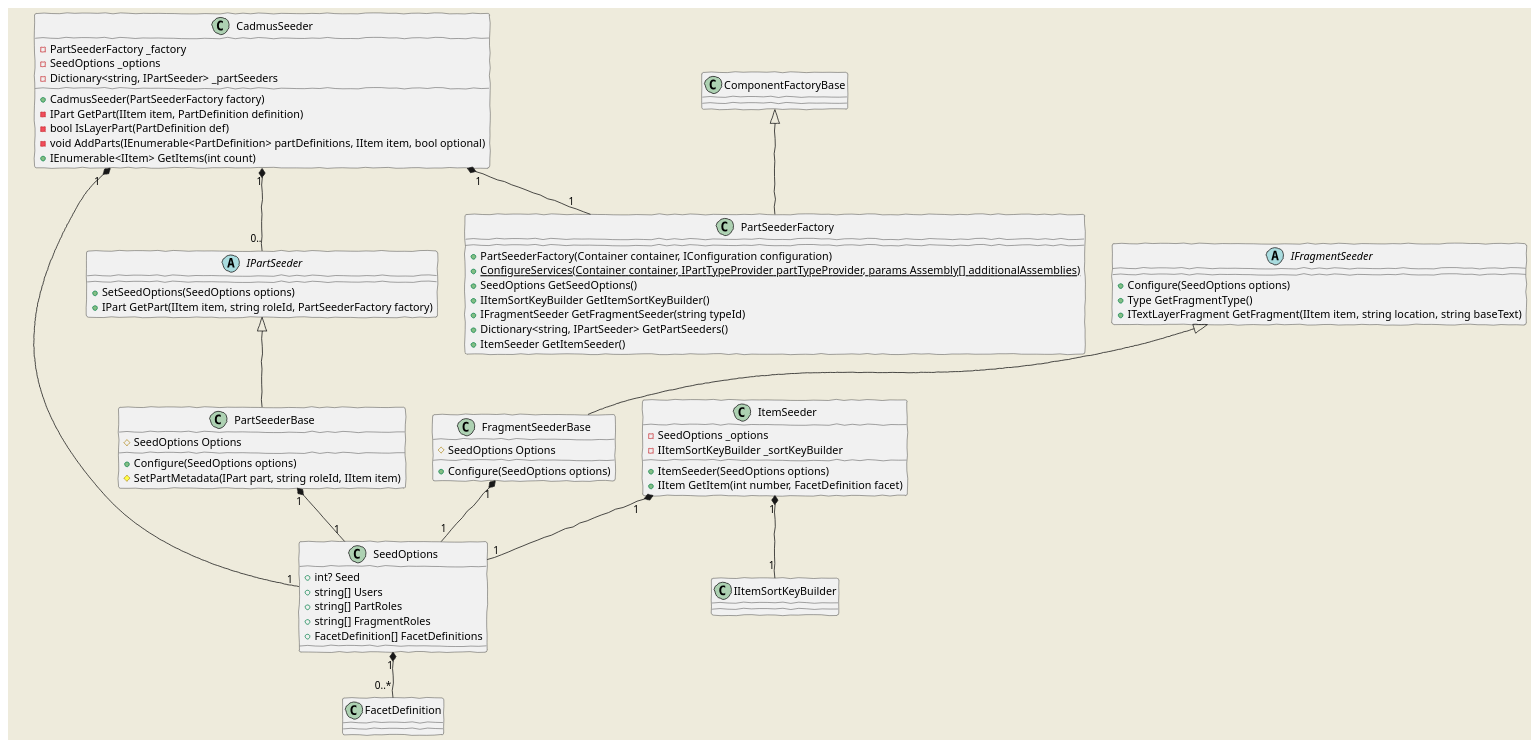
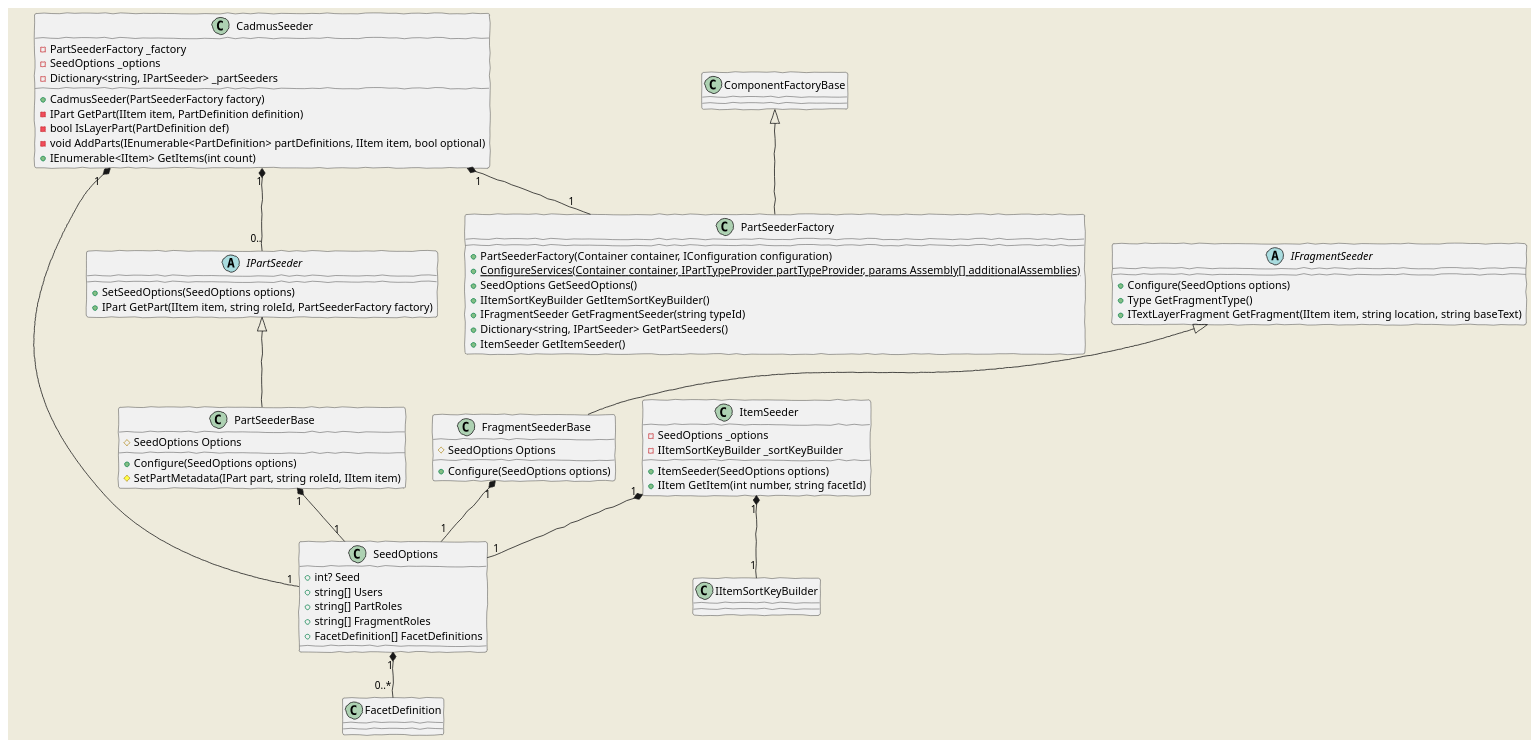
Before and after one commit to vedph/cadmus_core: the diagram in Doc/seeding.md, drawn with PlantUML. The commit also changed 5 other files, not shown here.

````diff
--- a/Doc/seeding.md
+++ b/Doc/seeding.md
@@ -11,71 +11,71 @@
 ```plantuml
 @startuml
     skinparam backgroundColor #EEEBDC
     skinparam handwritten true
 
     SeedOptions "1"*--"0..*" FacetDefinition
 
     SeedOptions : +int? Seed
     SeedOptions : +string[] Users
     SeedOptions : +string[] PartRoles
     SeedOptions : +string[] FragmentRoles
     SeedOptions : +FacetDefinition[] FacetDefinitions
 
     ComponentFactoryBase <|-- PartSeederFactory
 
     PartSeederFactory : +PartSeederFactory(Container container, IConfiguration configuration)
     PartSeederFactory : +{static} ConfigureServices(Container container, IPartTypeProvider partTypeProvider, params Assembly[] additionalAssemblies)
     PartSeederFactory : +SeedOptions GetSeedOptions()
     PartSeederFactory : +IItemSortKeyBuilder GetItemSortKeyBuilder()
     PartSeederFactory : +IFragmentSeeder GetFragmentSeeder(string typeId)
     PartSeederFactory : +Dictionary<string, IPartSeeder> GetPartSeeders()
     PartSeederFactory : +ItemSeeder GetItemSeeder()
 
     ItemSeeder "1"*--"1" SeedOptions
     ItemSeeder "1"*--"1" IItemSortKeyBuilder
 
     ItemSeeder : -SeedOptions _options
     ItemSeeder : -IItemSortKeyBuilder _sortKeyBuilder
     ItemSeeder : +ItemSeeder(SeedOptions options)
-    ItemSeeder : +IItem GetItem(int number, FacetDefinition facet)
+    ItemSeeder : +IItem GetItem(int number, string facetId)
 
     abstract class IPartSeeder
 
     IPartSeeder : +SetSeedOptions(SeedOptions options)
     IPartSeeder : +IPart GetPart(IItem item, string roleId, PartSeederFactory factory)
 
     IPartSeeder <|-- PartSeederBase
 
     PartSeederBase "1"*--"1" SeedOptions
 
     PartSeederBase : #SeedOptions Options
     PartSeederBase : +Configure(SeedOptions options)
     PartSeederBase : #SetPartMetadata(IPart part, string roleId, IItem item)
 
     abstract class IFragmentSeeder
 
     IFragmentSeeder : +Configure(SeedOptions options)
     IFragmentSeeder : +Type GetFragmentType()
     IFragmentSeeder : +ITextLayerFragment GetFragment(IItem item, string location, string baseText)
 
     IFragmentSeeder <|-- FragmentSeederBase
 
     FragmentSeederBase "1"*--"1" SeedOptions
 
     FragmentSeederBase : #SeedOptions Options
     FragmentSeederBase : +Configure(SeedOptions options)
 
     CadmusSeeder "1"*--"1" PartSeederFactory
     CadmusSeeder "1"*--"1" SeedOptions
     CadmusSeeder "1"*--"0.." IPartSeeder
 
     CadmusSeeder : -PartSeederFactory _factory
     CadmusSeeder : -SeedOptions _options
     CadmusSeeder : -Dictionary<string, IPartSeeder> _partSeeders
     CadmusSeeder : +CadmusSeeder(PartSeederFactory factory)
     CadmusSeeder : -IPart GetPart(IItem item, PartDefinition definition)
     CadmusSeeder : -bool IsLayerPart(PartDefinition def)
     CadmusSeeder : -void AddParts(IEnumerable<PartDefinition> partDefinitions, IItem item, bool optional)
     CadmusSeeder : +IEnumerable<IItem> GetItems(int count)
 @enduml
 ```
````
